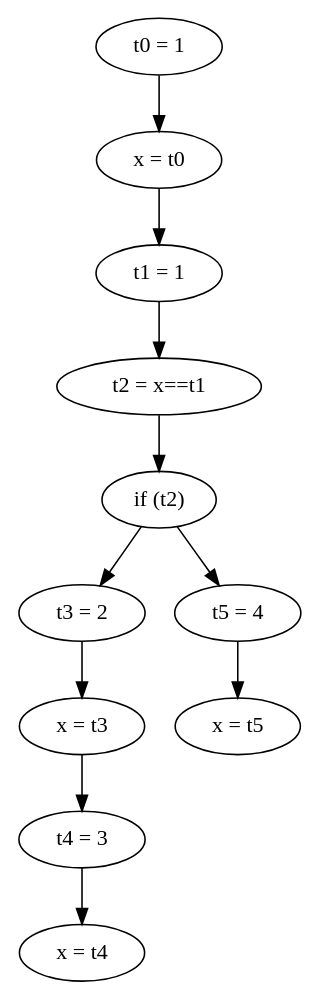
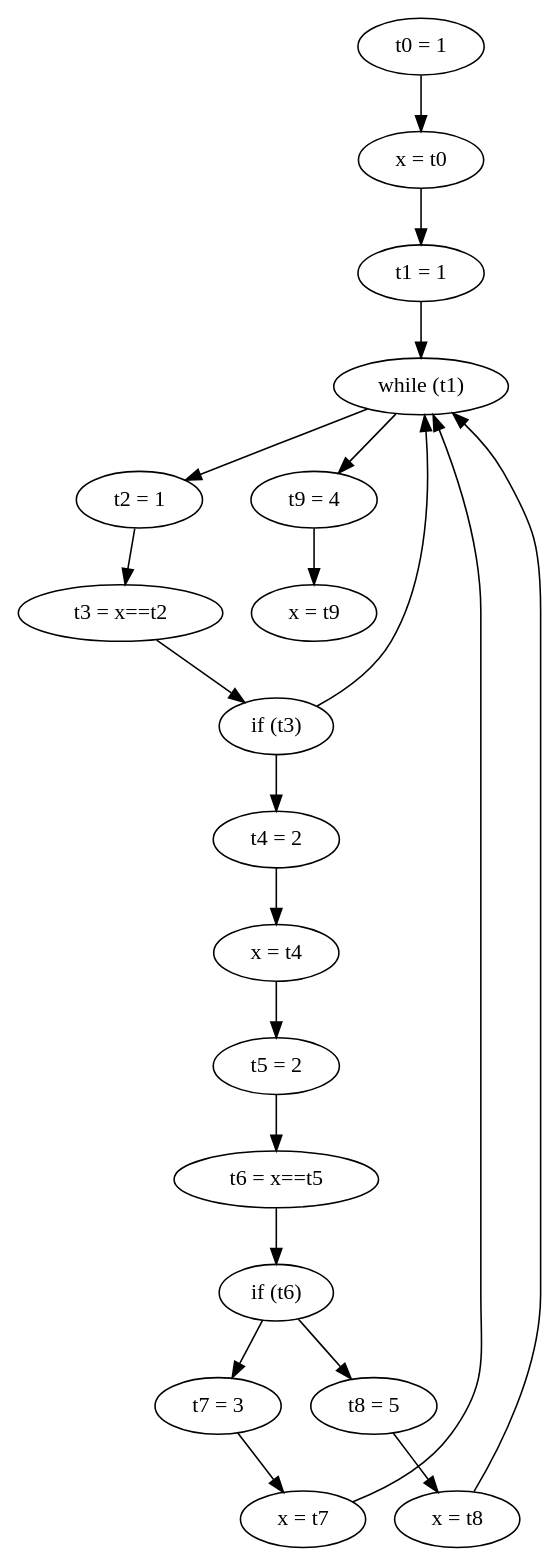
The diagram in cfg.dot (timll/while-analysis), drawn with Graphviz before and after one commit. The commit also changed 7 other files, not shown here.

```diff
--- a/cfg.dot
+++ b/cfg.dot
@@ -1,24 +1,41 @@
 digraph {
 rankdir=TD; ordering=out;
-n16967712[label="t0 = 1"];
-n16959696[label="x = t0"];
-n16959968[label="t1 = 1"];
-n16960112[label="t2 = x==t1"];
-n16961200[label="if (t2)"];
-n16960352[label="t3 = 2"];
-n16960464[label="t5 = 4"];
-n16960576[label="x = t3"];
-n16961664[label="x = t5"];
-n16960848[label="t4 = 3"];
-n16960992[label="x = t4"];
-n16967712->n16959696[label=""];
-n16959696->n16959968[label=""];
-n16959968->n16960112[label=""];
-n16960112->n16961200[label=""];
-n16961200->n16960352[label=""];
-n16961200->n16960464[label=""];
-n16960352->n16960576[label=""];
-n16960464->n16961664[label=""];
-n16960576->n16960848[label=""];
-n16960848->n16960992[label=""];
+n19381072[label="t0 = 1"];
+n19373056[label="x = t0"];
+n19373328[label="t1 = 1"];
+n19376320[label="while (t1)"];
+n19373536[label="t2 = 1"];
+n19376656[label="t9 = 4"];
+n19373712[label="t3 = x==t2"];
+n19376800[label="x = t9"];
+n19375984[label="if (t3)"];
+n19374032[label="t4 = 2"];
+n19374176[label="x = t4"];
+n19374480[label="t5 = 2"];
+n19374656[label="t6 = x==t5"];
+n19375584[label="if (t6)"];
+n19373888[label="t7 = 3"];
+n19375264[label="t8 = 5"];
+n19374960[label="x = t7"];
+n19375408[label="x = t8"];
+n19381072->n19373056[label=""];
+n19373056->n19373328[label=""];
+n19373328->n19376320[label=""];
+n19376320->n19373536[label=""];
+n19376320->n19376656[label=""];
+n19373536->n19373712[label=""];
+n19376656->n19376800[label=""];
+n19373712->n19375984[label=""];
+n19375984->n19374032[label=""];
+n19375984->n19376320[label=""];
+n19374032->n19374176[label=""];
+n19374176->n19374480[label=""];
+n19374480->n19374656[label=""];
+n19374656->n19375584[label=""];
+n19375584->n19373888[label=""];
+n19375584->n19375264[label=""];
+n19373888->n19374960[label=""];
+n19375264->n19375408[label=""];
+n19374960->n19376320[label=""];
+n19375408->n19376320[label=""];
 }
```
